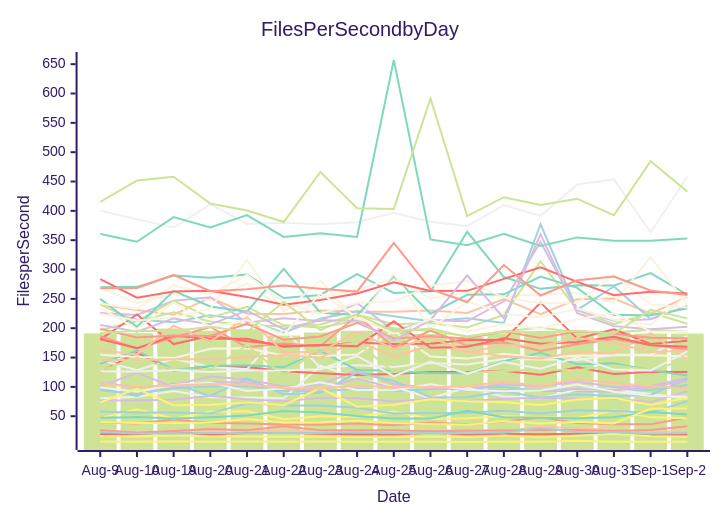
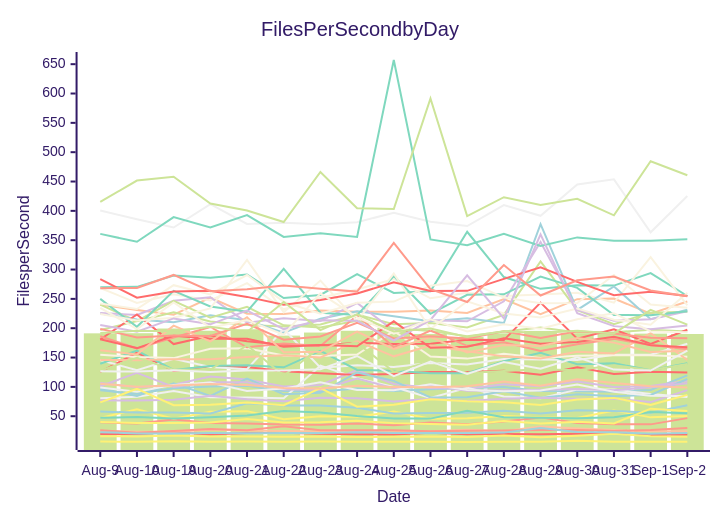
The diagram in perf-report.md (streetsidesoftware/cspell), drawn with Mermaid (forest theme) before and after one commit. The commit also changed other lines of this file and 2 other files, not shown here.

````diff
--- a/perf-report.md
+++ b/perf-report.md
@@ -11,57 +11,57 @@
 ```mermaid
 xychart-beta
     title Files Per Second by Day
     y-axis Files per Second
     x-axis Date [Aug-9, Aug-10, Aug-19, Aug-20, Aug-21, Aug-22, Aug-23, Aug-24, Aug-25, Aug-26, Aug-27, Aug-28, Aug-29, Aug-30, Aug-31, Sep-1, Sep-2]
-    bar [191.27, 191.48, 199.45, 195.67, 198.22, 187.40, 192.61, 195.61, 200.69, 190.24, 185.15, 191.23, 195.37, 191.39, 193.00, 190.75, 190.80]
+    bar [191.27, 191.48, 199.45, 195.67, 198.22, 187.40, 192.61, 195.61, 200.69, 190.24, 185.15, 191.23, 195.37, 191.39, 193.00, 190.75, 190.15]
     line [19.76, 19.87, 23.15, 18.80, 21.30, 21.70, 20.11, 19.24, 18.97, 21.74, 19.44, 19.50, 19.20, 19.98, 20.35, 18.20, 18.80]
-    line [94.45, 88.13, 97.66, 100.71, 101.93, 92.80, 92.11, 97.07, 92.83, 96.14, 97.78, 99.79, 92.99, 92.61, 91.86, 94.75, 103.31]
-    line [106.66, 99.38, 103.80, 117.71, 112.47, 100.50, 103.30, 128.71, 104.89, 98.28, 96.78, 104.60, 101.13, 109.23, 99.73, 101.36, 115.00]
-    line [80.61, 83.15, 92.81, 82.44, 81.86, 80.75, 136.22, 114.72, 99.92, 81.00, 98.60, 83.62, 80.81, 95.31, 95.53, 87.87, 80.19]
-    line [239.79, 231.09, 223.10, 252.00, 224.60, 224.17, 230.06, 227.93, 228.22, 229.99, 225.97, 249.68, 224.12, 249.45, 250.62, 224.68, 253.92]
-    line [269.81, 270.47, 289.77, 286.14, 291.59, 251.52, 256.69, 292.19, 260.02, 262.94, 364.38, 287.21, 267.07, 273.26, 272.63, 293.89, 257.02]
-    line [39.52, 37.52, 44.46, 38.46, 37.42, 35.96, 35.65, 37.61, 34.82, 39.47, 36.12, 40.86, 48.01, 38.35, 36.34, 36.12, 47.98]
-    line [268.54, 243.09, 257.77, 247.18, 276.72, 232.23, 252.08, 266.01, 283.94, 251.01, 260.27, 254.92, 257.60, 260.42, 243.47, 321.12, 240.07]
-    line [6.78, 6.60, 7.51, 6.38, 6.72, 6.55, 6.77, 6.55, 6.58, 6.64, 6.06, 6.53, 6.57, 8.03, 6.52, 6.59, 6.51]
-    line [240.17, 211.99, 227.00, 211.38, 205.51, 203.10, 206.43, 223.33, 206.89, 208.72, 201.20, 222.72, 313.85, 230.65, 207.01, 226.55, 207.69]
-    line [125.68, 158.27, 127.25, 135.61, 133.76, 126.70, 123.28, 120.42, 121.90, 125.42, 125.26, 127.33, 120.64, 133.49, 122.01, 125.69, 125.47]
-    line [225.24, 214.74, 210.02, 221.88, 213.58, 192.56, 216.27, 228.68, 220.47, 211.98, 216.89, 208.83, 377.28, 231.14, 271.29, 215.41, 237.54]
-    line [225.91, 222.58, 246.74, 252.74, 209.47, 217.12, 212.13, 242.98, 195.81, 213.43, 211.78, 245.83, 346.89, 231.16, 212.83, 215.37, 238.14]
-    line [145.75, 128.32, 148.05, 133.76, 130.09, 198.58, 132.66, 136.89, 133.84, 140.74, 138.14, 147.54, 146.55, 146.02, 154.94, 154.92, 186.94]
-    line [24.65, 23.72, 23.68, 26.94, 25.51, 24.79, 23.76, 23.53, 22.75, 24.32, 26.78, 24.44, 32.43, 29.19, 26.35, 24.36, 24.05]
-    line [139.45, 161.93, 128.87, 135.71, 136.66, 133.36, 161.38, 128.87, 127.62, 123.35, 123.11, 143.71, 157.94, 138.50, 140.06, 128.47, 119.29]
-    line [25.95, 22.03, 24.86, 28.29, 26.21, 32.71, 26.20, 26.09, 26.00, 24.43, 25.37, 25.72, 26.51, 26.59, 24.79, 26.51, 33.02]
-    line [154.75, 150.93, 149.02, 164.86, 165.64, 153.35, 152.64, 155.02, 195.52, 151.70, 148.17, 156.31, 149.39, 153.11, 153.94, 154.04, 151.63]
-    line [15.80, 15.53, 17.25, 15.28, 15.49, 14.84, 15.46, 14.39, 15.01, 15.63, 14.69, 17.08, 14.10, 16.71, 20.24, 15.82, 15.22]
-    line [196.97, 211.99, 246.59, 218.10, 236.31, 204.94, 201.38, 212.81, 200.01, 195.34, 186.50, 194.59, 201.00, 192.78, 193.23, 197.26, 194.11]
-    line [180.75, 223.35, 172.94, 187.16, 177.68, 172.01, 170.49, 175.09, 173.22, 173.59, 180.48, 179.74, 243.56, 182.28, 198.12, 173.20, 178.43]
-    line [96.93, 84.41, 106.12, 84.61, 114.12, 87.31, 89.99, 124.55, 110.24, 81.92, 82.24, 92.49, 81.67, 87.59, 83.98, 86.34, 113.47]
-    line [77.16, 76.75, 77.91, 84.91, 78.76, 75.34, 81.46, 80.77, 74.97, 79.78, 75.90, 79.64, 81.40, 79.85, 79.89, 74.06, 92.54]
-    line [400.74, 385.62, 371.65, 411.46, 377.61, 379.88, 377.18, 380.64, 396.91, 381.52, 374.08, 409.79, 391.59, 445.01, 453.72, 363.41, 458.13]
-    line [145.79, 145.58, 147.10, 147.08, 151.07, 153.94, 150.27, 178.09, 152.08, 170.66, 160.71, 152.01, 148.28, 159.68, 156.83, 191.47, 146.22]
-    line [249.96, 202.34, 263.67, 236.99, 228.06, 301.20, 226.40, 222.40, 289.06, 224.56, 256.87, 257.70, 287.97, 268.68, 222.58, 222.07, 233.62]
-    line [186.27, 165.43, 184.07, 202.12, 167.51, 173.85, 169.85, 221.75, 167.75, 195.90, 170.00, 175.89, 161.05, 172.78, 181.80, 171.34, 163.94]
-    line [224.37, 213.27, 217.89, 233.79, 316.48, 227.32, 281.23, 212.31, 293.11, 198.49, 245.94, 225.24, 218.17, 233.60, 214.50, 206.09, 256.13]
-    line [47.00, 61.84, 45.89, 57.63, 58.67, 44.77, 49.92, 49.06, 57.90, 45.60, 46.71, 50.51, 48.37, 46.85, 59.90, 48.04, 46.67]
-    line [127.47, 149.55, 129.16, 129.10, 170.99, 119.13, 167.47, 175.06, 125.57, 143.51, 123.67, 127.21, 130.16, 128.18, 136.84, 128.57, 146.97]
-    line [181.18, 166.12, 186.93, 181.85, 181.88, 168.34, 171.35, 169.12, 211.70, 166.64, 168.34, 182.86, 173.63, 176.66, 185.43, 171.13, 168.34]
-    line [57.90, 56.15, 56.35, 54.76, 71.89, 68.47, 68.09, 64.39, 54.76, 55.64, 55.71, 59.28, 54.85, 60.20, 59.04, 56.12, 75.68]
-    line [101.07, 123.80, 99.87, 108.06, 107.98, 95.34, 94.96, 114.12, 97.84, 103.09, 93.25, 94.27, 95.28, 96.54, 94.13, 99.46, 110.64]
-    line [98.84, 91.76, 103.43, 107.49, 93.08, 97.11, 107.90, 94.53, 94.47, 104.38, 94.67, 92.38, 93.95, 104.17, 91.62, 84.72, 83.32]
-    line [162.48, 155.40, 204.32, 177.59, 218.64, 159.00, 159.79, 194.26, 164.45, 184.75, 158.60, 171.47, 169.60, 183.25, 175.44, 159.48, 161.61]
-    line [360.76, 347.31, 389.41, 371.89, 392.82, 355.53, 361.83, 355.43, 657.12, 351.25, 341.51, 360.76, 340.11, 354.77, 349.07, 349.21, 353.01]
-    line [198.91, 184.05, 187.41, 186.67, 207.48, 180.49, 185.92, 209.38, 182.67, 186.49, 182.43, 194.97, 183.27, 194.85, 191.03, 183.63, 182.77]
-    line [242.10, 232.62, 273.32, 257.69, 290.62, 245.10, 224.83, 243.49, 245.36, 272.30, 280.33, 252.18, 242.64, 242.97, 290.78, 240.40, 235.25]
-    line [73.60, 96.61, 68.89, 69.48, 73.38, 68.77, 97.84, 66.15, 69.59, 78.77, 75.57, 73.80, 69.15, 78.35, 81.24, 69.03, 81.65]
-    line [415.14, 451.69, 458.22, 412.53, 400.53, 380.98, 466.37, 404.40, 403.18, 591.49, 390.96, 423.25, 409.89, 420.57, 392.45, 484.50, 432.81]
-    line [283.77, 252.09, 262.36, 263.68, 253.37, 240.18, 248.22, 259.20, 278.18, 263.50, 263.68, 284.05, 303.63, 278.91, 256.34, 262.12, 259.30]
-    line [22.84, 20.59, 20.47, 21.22, 20.90, 21.42, 21.40, 22.88, 21.36, 21.22, 21.19, 22.04, 29.75, 23.02, 22.87, 20.05, 21.25]
-    line [205.56, 193.98, 216.67, 206.61, 230.20, 198.53, 213.69, 212.64, 179.07, 214.07, 290.22, 216.81, 359.94, 225.73, 203.55, 198.31, 202.44]
-    line [126.64, 126.17, 128.45, 125.27, 127.94, 127.77, 130.20, 152.67, 118.34, 143.02, 122.15, 142.33, 130.77, 150.54, 129.50, 127.85, 160.50]
-    line [105.46, 100.11, 102.43, 104.89, 103.21, 98.21, 97.36, 101.78, 100.00, 99.58, 101.28, 109.08, 102.06, 113.06, 106.63, 101.22, 98.22]
-    line [47.26, 48.66, 46.00, 48.26, 51.42, 58.83, 56.30, 50.38, 45.97, 45.91, 59.43, 48.16, 47.53, 46.75, 48.25, 57.12, 52.81]
-    line [268.09, 268.70, 290.78, 262.94, 266.60, 272.93, 267.45, 262.37, 345.57, 266.69, 244.68, 307.76, 255.74, 281.64, 288.18, 264.41, 256.46]
-    line [234.76, 198.61, 243.75, 200.90, 213.71, 188.91, 259.37, 218.53, 190.79, 215.33, 194.36, 206.72, 199.24, 215.14, 225.49, 194.47, 193.84]
-    line [39.98, 38.63, 38.64, 39.11, 45.24, 39.50, 39.66, 42.07, 38.23, 36.94, 35.58, 41.81, 37.53, 40.57, 37.73, 62.90, 63.30]
-    line [192.03, 195.48, 194.87, 202.54, 193.62, 244.63, 196.70, 223.56, 194.58, 199.46, 185.25, 194.89, 191.72, 195.81, 191.06, 231.16, 216.75]
+    line [94.45, 88.13, 97.66, 100.71, 101.93, 92.80, 92.11, 97.07, 92.83, 96.14, 97.78, 99.79, 92.99, 92.61, 91.86, 94.75, 119.70]
+    line [106.66, 99.38, 103.80, 117.71, 112.47, 100.50, 103.30, 128.71, 104.89, 98.28, 96.78, 104.60, 101.13, 109.23, 99.73, 101.36, 109.96]
+    line [80.61, 83.15, 92.81, 82.44, 81.86, 80.75, 136.22, 114.72, 99.92, 81.00, 98.60, 83.62, 80.81, 95.31, 95.53, 87.87, 82.74]
+    line [239.79, 231.09, 223.10, 252.00, 224.60, 224.17, 230.06, 227.93, 228.22, 229.99, 225.97, 249.68, 224.12, 249.45, 250.62, 224.68, 245.58]
+    line [269.81, 270.47, 289.77, 286.14, 291.59, 251.52, 256.69, 292.19, 260.02, 262.94, 364.38, 287.21, 267.07, 273.26, 272.63, 293.89, 254.88]
+    line [39.52, 37.52, 44.46, 38.46, 37.42, 35.96, 35.65, 37.61, 34.82, 39.47, 36.12, 40.86, 48.01, 38.35, 36.34, 36.12, 46.76]
+    line [268.54, 243.09, 257.77, 247.18, 276.72, 232.23, 252.08, 266.01, 283.94, 251.01, 260.27, 254.92, 257.60, 260.42, 243.47, 321.12, 238.92]
+    line [6.78, 6.60, 7.51, 6.38, 6.72, 6.55, 6.77, 6.55, 6.58, 6.64, 6.06, 6.53, 6.57, 8.03, 6.52, 6.59, 6.44]
+    line [240.17, 211.99, 227.00, 211.38, 205.51, 203.10, 206.43, 223.33, 206.89, 208.72, 201.20, 222.72, 313.85, 230.65, 207.01, 226.55, 228.01]
+    line [125.68, 158.27, 127.25, 135.61, 133.76, 126.70, 123.28, 120.42, 121.90, 125.42, 125.26, 127.33, 120.64, 133.49, 122.01, 125.69, 124.63]
+    line [225.24, 214.74, 210.02, 221.88, 213.58, 192.56, 216.27, 228.68, 220.47, 211.98, 216.89, 208.83, 377.28, 231.14, 271.29, 215.41, 231.46]
+    line [225.91, 222.58, 246.74, 252.74, 209.47, 217.12, 212.13, 242.98, 195.81, 213.43, 211.78, 245.83, 346.89, 231.16, 212.83, 215.37, 228.66]
+    line [145.75, 128.32, 148.05, 133.76, 130.09, 198.58, 132.66, 136.89, 133.84, 140.74, 138.14, 147.54, 146.55, 146.02, 154.94, 154.92, 173.52]
+    line [24.65, 23.72, 23.68, 26.94, 25.51, 24.79, 23.76, 23.53, 22.75, 24.32, 26.78, 24.44, 32.43, 29.19, 26.35, 24.36, 24.17]
+    line [139.45, 161.93, 128.87, 135.71, 136.66, 133.36, 161.38, 128.87, 127.62, 123.35, 123.11, 143.71, 157.94, 138.50, 140.06, 128.47, 140.20]
+    line [25.95, 22.03, 24.86, 28.29, 26.21, 32.71, 26.20, 26.09, 26.00, 24.43, 25.37, 25.72, 26.51, 26.59, 24.79, 26.51, 29.88]
+    line [154.75, 150.93, 149.02, 164.86, 165.64, 153.35, 152.64, 155.02, 195.52, 151.70, 148.17, 156.31, 149.39, 153.11, 153.94, 154.04, 151.51]
+    line [15.80, 15.53, 17.25, 15.28, 15.49, 14.84, 15.46, 14.39, 15.01, 15.63, 14.69, 17.08, 14.10, 16.71, 20.24, 15.82, 15.08]
+    line [196.97, 211.99, 246.59, 218.10, 236.31, 204.94, 201.38, 212.81, 200.01, 195.34, 186.50, 194.59, 201.00, 192.78, 193.23, 197.26, 194.56]
+    line [180.75, 223.35, 172.94, 187.16, 177.68, 172.01, 170.49, 175.09, 173.22, 173.59, 180.48, 179.74, 243.56, 182.28, 198.12, 173.20, 197.43]
+    line [96.93, 84.41, 106.12, 84.61, 114.12, 87.31, 89.99, 124.55, 110.24, 81.92, 82.24, 92.49, 81.67, 87.59, 83.98, 86.34, 113.37]
+    line [77.16, 76.75, 77.91, 84.91, 78.76, 75.34, 81.46, 80.77, 74.97, 79.78, 75.90, 79.64, 81.40, 79.85, 79.89, 74.06, 94.44]
+    line [400.74, 385.62, 371.65, 411.46, 377.61, 379.88, 377.18, 380.64, 396.91, 381.52, 374.08, 409.79, 391.59, 445.01, 453.72, 363.41, 425.43]
+    line [145.79, 145.58, 147.10, 147.08, 151.07, 153.94, 150.27, 178.09, 152.08, 170.66, 160.71, 152.01, 148.28, 159.68, 156.83, 191.47, 145.84]
+    line [249.96, 202.34, 263.67, 236.99, 228.06, 301.20, 226.40, 222.40, 289.06, 224.56, 256.87, 257.70, 287.97, 268.68, 222.58, 222.07, 229.04]
+    line [186.27, 165.43, 184.07, 202.12, 167.51, 173.85, 169.85, 221.75, 167.75, 195.90, 170.00, 175.89, 161.05, 172.78, 181.80, 171.34, 164.16]
+    line [224.37, 213.27, 217.89, 233.79, 316.48, 227.32, 281.23, 212.31, 293.11, 198.49, 245.94, 225.24, 218.17, 233.60, 214.50, 206.09, 260.46]
+    line [47.00, 61.84, 45.89, 57.63, 58.67, 44.77, 49.92, 49.06, 57.90, 45.60, 46.71, 50.51, 48.37, 46.85, 59.90, 48.04, 50.57]
+    line [127.47, 149.55, 129.16, 129.10, 170.99, 119.13, 167.47, 175.06, 125.57, 143.51, 123.67, 127.21, 130.16, 128.18, 136.84, 128.57, 138.89]
+    line [181.18, 166.12, 186.93, 181.85, 181.88, 168.34, 171.35, 169.12, 211.70, 166.64, 168.34, 182.86, 173.63, 176.66, 185.43, 171.13, 167.67]
+    line [57.90, 56.15, 56.35, 54.76, 71.89, 68.47, 68.09, 64.39, 54.76, 55.64, 55.71, 59.28, 54.85, 60.20, 59.04, 56.12, 68.78]
+    line [101.07, 123.80, 99.87, 108.06, 107.98, 95.34, 94.96, 114.12, 97.84, 103.09, 93.25, 94.27, 95.28, 96.54, 94.13, 99.46, 106.04]
+    line [98.84, 91.76, 103.43, 107.49, 93.08, 97.11, 107.90, 94.53, 94.47, 104.38, 94.67, 92.38, 93.95, 104.17, 91.62, 84.72, 84.00]
+    line [162.48, 155.40, 204.32, 177.59, 218.64, 159.00, 159.79, 194.26, 164.45, 184.75, 158.60, 171.47, 169.60, 183.25, 175.44, 159.48, 161.70]
+    line [360.76, 347.31, 389.41, 371.89, 392.82, 355.53, 361.83, 355.43, 657.12, 351.25, 341.51, 360.76, 340.11, 354.77, 349.07, 349.21, 351.71]
+    line [198.91, 184.05, 187.41, 186.67, 207.48, 180.49, 185.92, 209.38, 182.67, 186.49, 182.43, 194.97, 183.27, 194.85, 191.03, 183.63, 183.06]
+    line [242.10, 232.62, 273.32, 257.69, 290.62, 245.10, 224.83, 243.49, 245.36, 272.30, 280.33, 252.18, 242.64, 242.97, 290.78, 240.40, 234.87]
+    line [73.60, 96.61, 68.89, 69.48, 73.38, 68.77, 97.84, 66.15, 69.59, 78.77, 75.57, 73.80, 69.15, 78.35, 81.24, 69.03, 86.32]
+    line [415.14, 451.69, 458.22, 412.53, 400.53, 380.98, 466.37, 404.40, 403.18, 591.49, 390.96, 423.25, 409.89, 420.57, 392.45, 484.50, 460.60]
+    line [283.77, 252.09, 262.36, 263.68, 253.37, 240.18, 248.22, 259.20, 278.18, 263.50, 263.68, 284.05, 303.63, 278.91, 256.34, 262.12, 254.81]
+    line [22.84, 20.59, 20.47, 21.22, 20.90, 21.42, 21.40, 22.88, 21.36, 21.22, 21.19, 22.04, 29.75, 23.02, 22.87, 20.05, 21.21]
+    line [205.56, 193.98, 216.67, 206.61, 230.20, 198.53, 213.69, 212.64, 179.07, 214.07, 290.22, 216.81, 359.94, 225.73, 203.55, 198.31, 204.42]
+    line [126.64, 126.17, 128.45, 125.27, 127.94, 127.77, 130.20, 152.67, 118.34, 143.02, 122.15, 142.33, 130.77, 150.54, 129.50, 127.85, 161.72]
+    line [105.46, 100.11, 102.43, 104.89, 103.21, 98.21, 97.36, 101.78, 100.00, 99.58, 101.28, 109.08, 102.06, 113.06, 106.63, 101.22, 99.00]
+    line [47.26, 48.66, 46.00, 48.26, 51.42, 58.83, 56.30, 50.38, 45.97, 45.91, 59.43, 48.16, 47.53, 46.75, 48.25, 57.12, 55.04]
+    line [268.09, 268.70, 290.78, 262.94, 266.60, 272.93, 267.45, 262.37, 345.57, 266.69, 244.68, 307.76, 255.74, 281.64, 288.18, 264.41, 254.46]
+    line [234.76, 198.61, 243.75, 200.90, 213.71, 188.91, 259.37, 218.53, 190.79, 215.33, 194.36, 206.72, 199.24, 215.14, 225.49, 194.47, 193.04]
+    line [39.98, 38.63, 38.64, 39.11, 45.24, 39.50, 39.66, 42.07, 38.23, 36.94, 35.58, 41.81, 37.53, 40.57, 37.73, 62.90, 58.74]
+    line [192.03, 195.48, 194.87, 202.54, 193.62, 244.63, 196.70, 223.56, 194.58, 199.46, 185.25, 194.89, 191.72, 195.81, 191.06, 231.16, 206.13]
 ```
````
